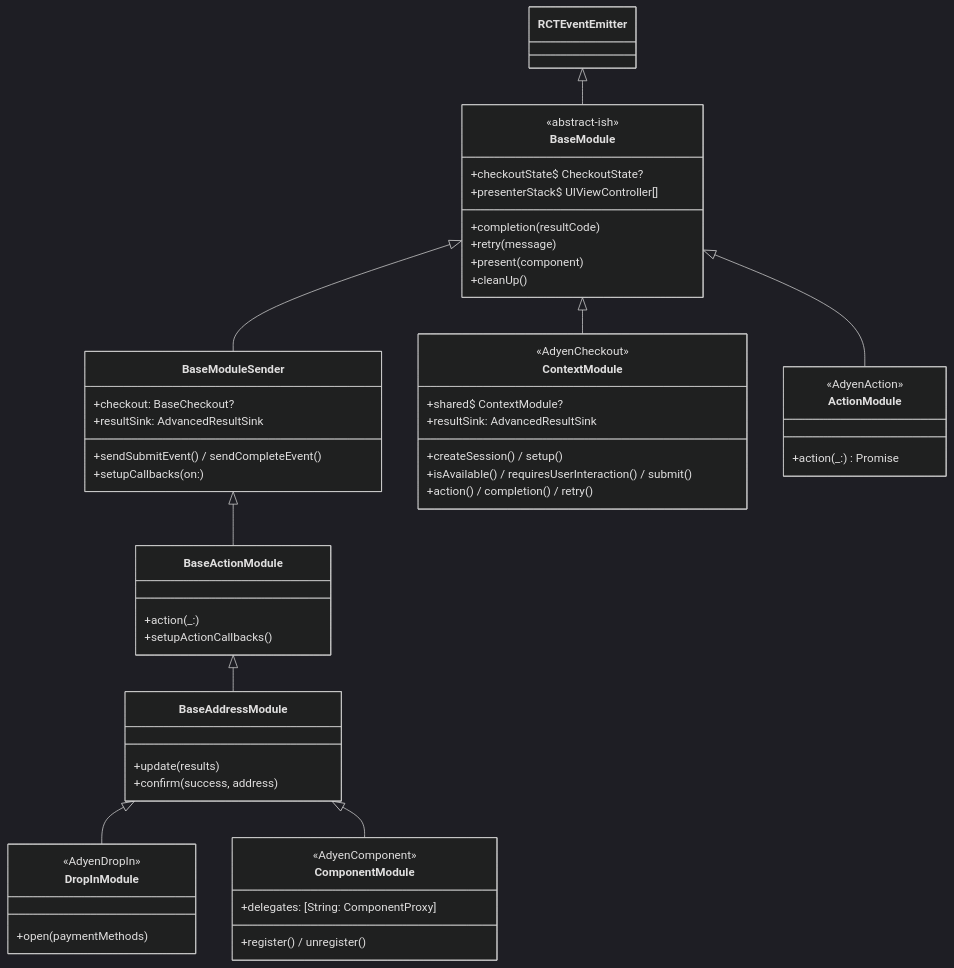
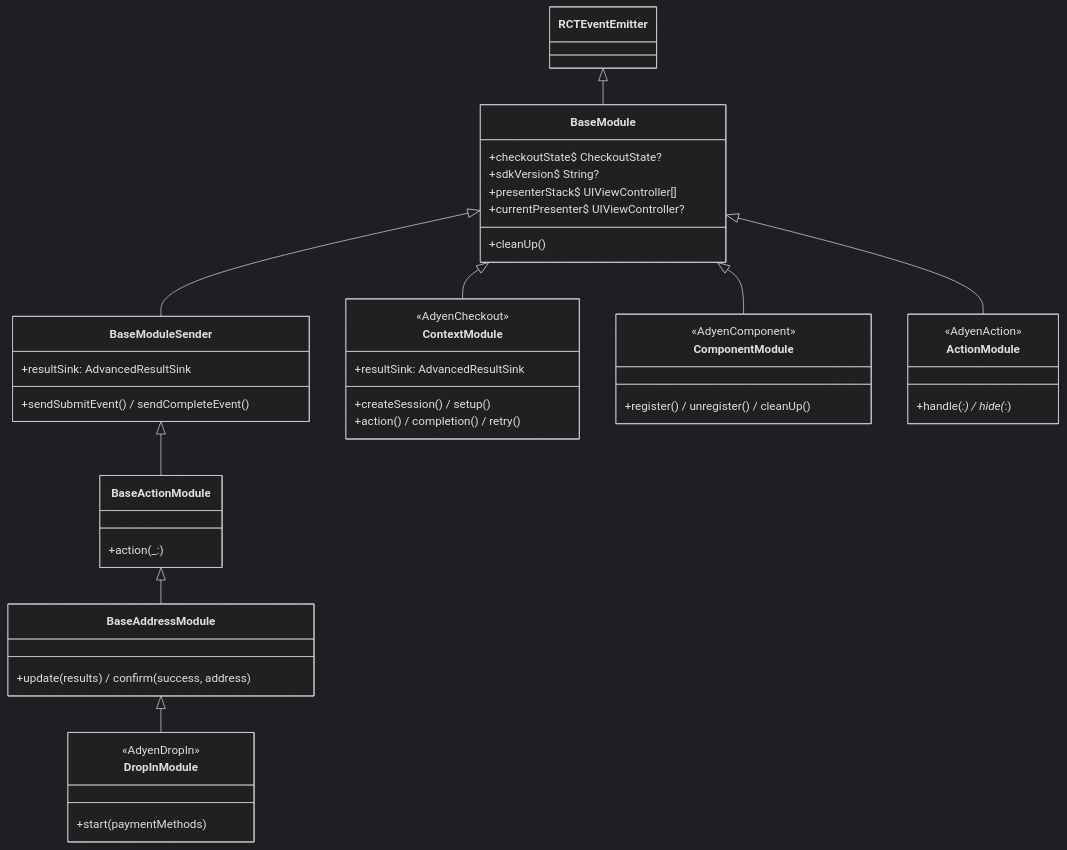
Before and after one commit to Adyen/adyen-react-native: the second of 5 diagrams in docs/native-architecture.md, drawn with Mermaid (dark theme). The commit also changed other lines of this file and 2 other files, not shown here.

First line of the commit message:
docs: rewrite canonical architecture set for current v6 implementation

````diff
--- a/docs/native-architecture.md
+++ b/docs/native-architecture.md
@@ -39,57 +38,48 @@
 ```mermaid
 classDiagram
   class RCTEventEmitter
   class BaseModule {
-    <<abstract-ish>>
     +checkoutState$ CheckoutState?
+    +sdkVersion$ String?
     +presenterStack$ UIViewController[]
-    +completion(resultCode)
-    +retry(message)
-    +present(component)
+    +currentPresenter$ UIViewController?
     +cleanUp()
   }
   class BaseModuleSender {
-    +checkout: BaseCheckout?
     +resultSink: AdvancedResultSink
     +sendSubmitEvent() / sendCompleteEvent()
-    +setupCallbacks(on:)
   }
   class BaseActionModule {
     +action(_:)
-    +setupActionCallbacks()
   }
   class BaseAddressModule {
-    +update(results)
-    +confirm(success, address)
+    +update(results) / confirm(success, address)
   }
   class ContextModule {
     <<AdyenCheckout>>
-    +shared$ ContextModule?
     +resultSink: AdvancedResultSink
     +createSession() / setup()
-    +isAvailable() / requiresUserInteraction() / submit()
     +action() / completion() / retry()
+  }
+  class ComponentModule {
+    <<AdyenComponent>>
+    +register() / unregister() / cleanUp()
   }
   class DropInModule {
     <<AdyenDropIn>>
-    +open(paymentMethods)
-  }
-  class ComponentModule {
-    <<AdyenComponent>>
-    +delegates: [String: ComponentProxy]
-    +register() / unregister()
+    +start(paymentMethods)
   }
   class ActionModule {
     <<AdyenAction>>
-    +action(_:) Promise
+    +handle(_:) / hide(_:)
   }
 
   RCTEventEmitter <|-- BaseModule
   BaseModule <|-- ContextModule
+  BaseModule <|-- ComponentModule
   BaseModule <|-- ActionModule
   BaseModule <|-- BaseModuleSender
   BaseModuleSender <|-- BaseActionModule
   BaseActionModule <|-- BaseAddressModule
   BaseAddressModule <|-- DropInModule
-  BaseAddressModule <|-- ComponentModule
 ```
````
